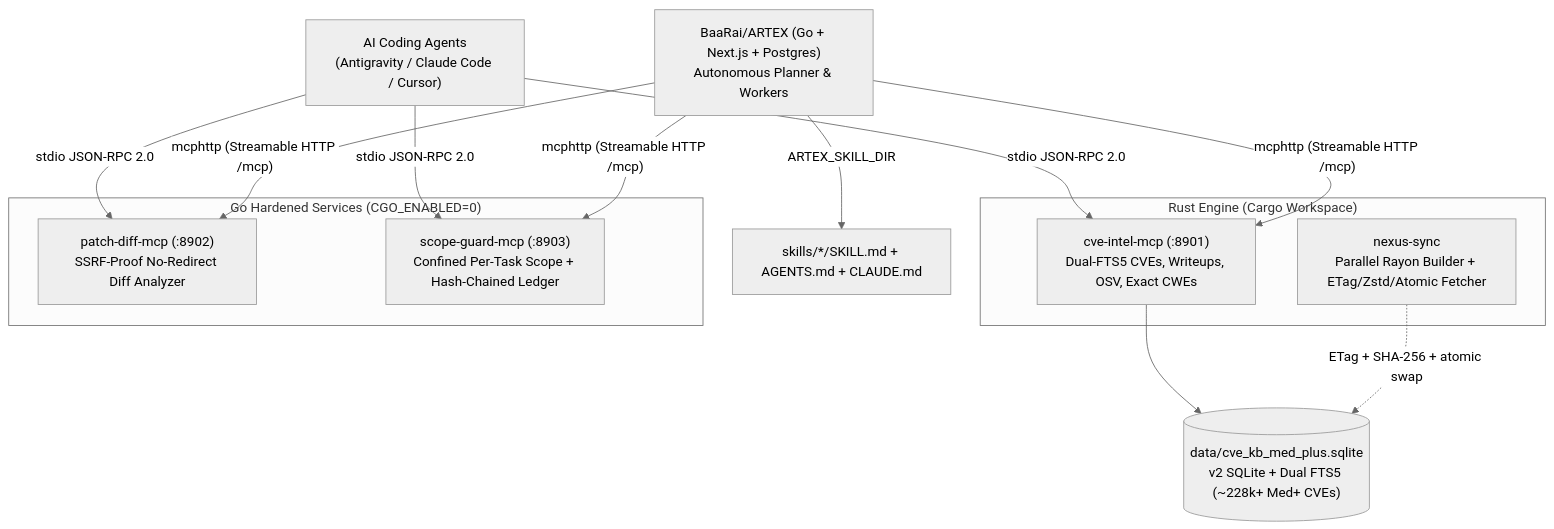
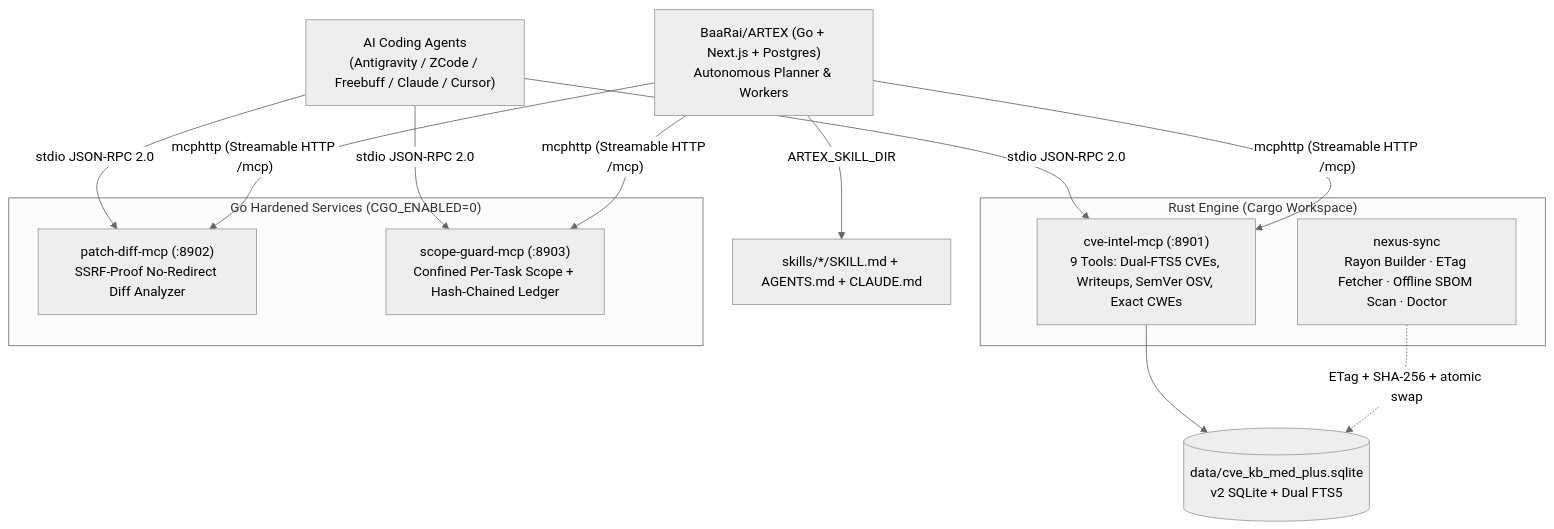
One commit to blah-blah-cell/artex-nexus changed the diagram in README.md. Above: the diagram before and after it, drawn with Mermaid (neutral theme). The commit also changed other lines of this file and 19 other files, not shown here.

Commit message:
feat(v0.3.0): add CVE Trophy Case, coordinated disclosure security policy, Issue/PR forms, offline SBOM scanner, SemVer MCP tools, and multi-OS release workflow

````diff
--- a/README.md
+++ b/README.md
@@ -17,28 +40,28 @@
 ```mermaid
 flowchart TB
     ARTEX["BaaRai/ARTEX (Go + Next.js + Postgres)\nAutonomous Planner & Workers"]
-    IDE["AI Coding Agents\n(Antigravity / Claude Code / Cursor)"]
+    IDE["AI Coding Agents\n(Antigravity / ZCode / Freebuff / Claude / Cursor)"]
 
     subgraph Rust["Rust Engine (Cargo Workspace)"]
-        SYNC["nexus-sync\nParallel Rayon Builder + ETag/Zstd/Atomic Fetcher"]
-        CVE["cve-intel-mcp (:8901)\nDual-FTS5 CVEs, Writeups, OSV, Exact CWEs"]
+        SYNC["nexus-sync\nRayon Builder · ETag Fetcher · Offline SBOM Scan · Doctor"]
+        CVE["cve-intel-mcp (:8901)\n9 Tools: Dual-FTS5 CVEs, Writeups, SemVer OSV, Exact CWEs"]
     end
 
     subgraph Go["Go Hardened Services (CGO_ENABLED=0)"]
         PATCH["patch-diff-mcp (:8902)\nSSRF-Proof No-Redirect Diff Analyzer"]
         SCOPE["scope-guard-mcp (:8903)\nConfined Per-Task Scope + Hash-Chained Ledger"]
     end
 
-    DB[("data/cve_kb_med_plus.sqlite\nv2 SQLite + Dual FTS5 (~228k+ Med+ CVEs)")]
+    DB[("data/cve_kb_med_plus.sqlite\nv2 SQLite + Dual FTS5")]
     SKILLS["skills/*/SKILL.md + AGENTS.md + CLAUDE.md"]
 
     SYNC -. "ETag + SHA-256 + atomic swap" .-> DB
     ARTEX -- "mcphttp (Streamable HTTP /mcp)" --> CVE
     ARTEX -- "mcphttp (Streamable HTTP /mcp)" --> PATCH
     ARTEX -- "mcphttp (Streamable HTTP /mcp)" --> SCOPE
     ARTEX -- "ARTEX_SKILL_DIR" --> SKILLS
     IDE -- "stdio JSON-RPC 2.0" --> CVE
     IDE -- "stdio JSON-RPC 2.0" --> PATCH
     IDE -- "stdio JSON-RPC 2.0" --> SCOPE
     CVE --> DB
 ```
````
